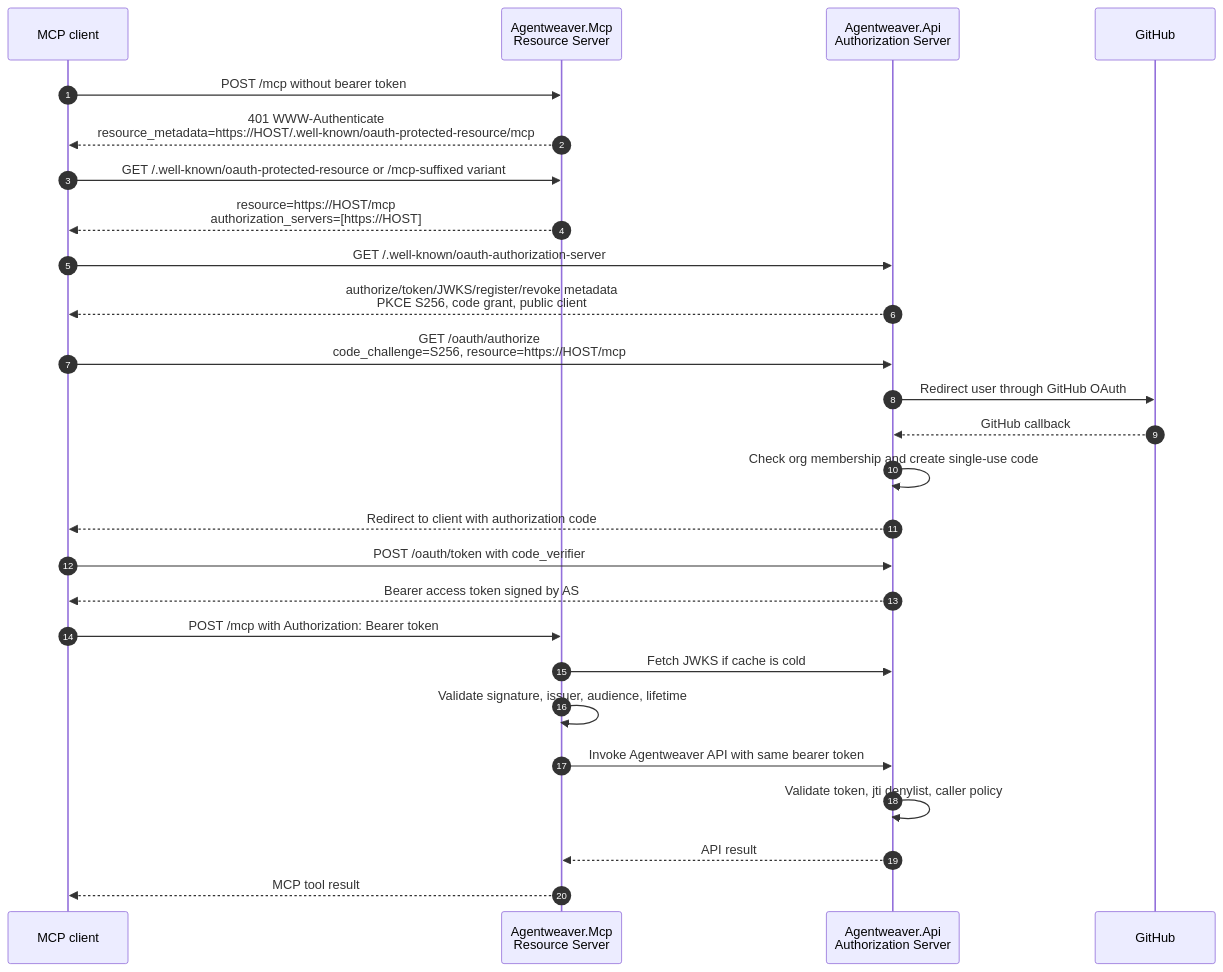
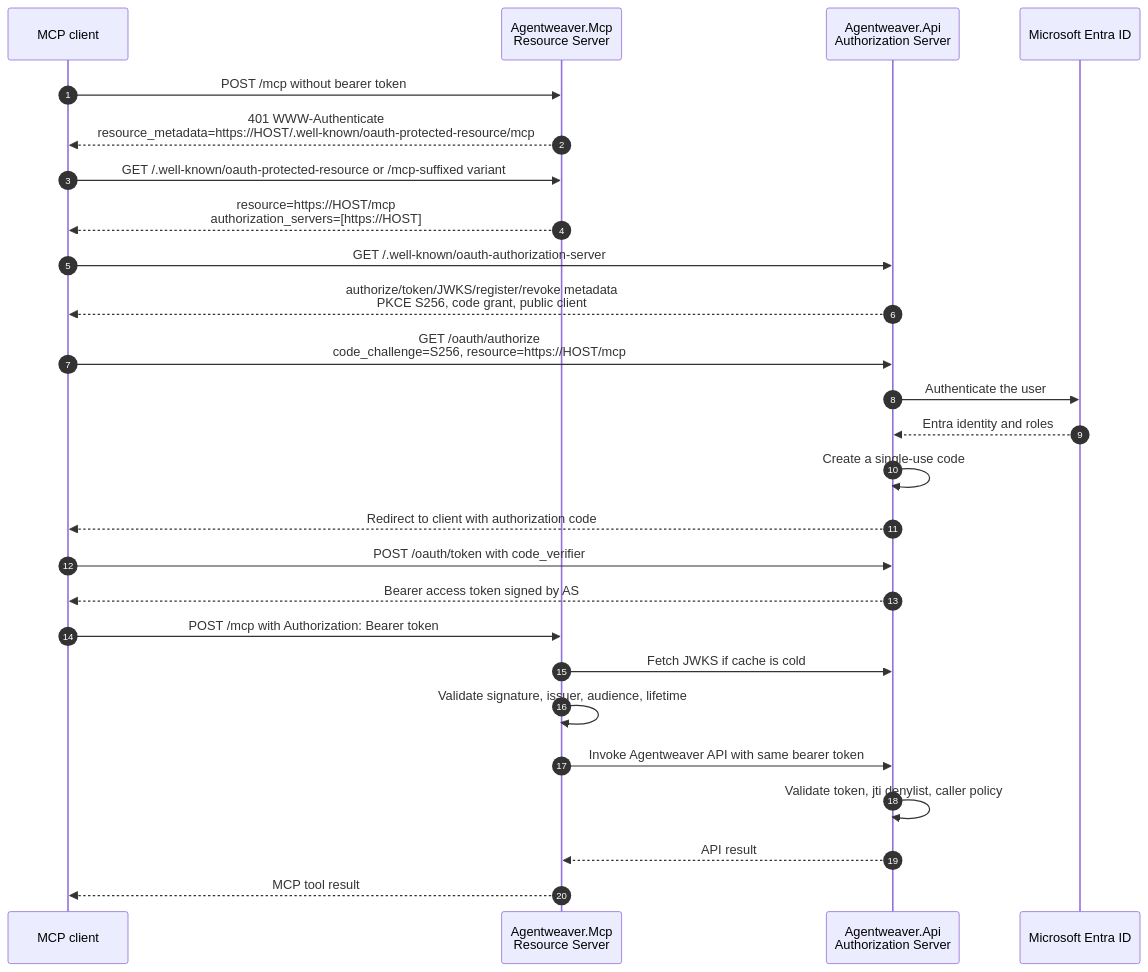
The diagram in docs/deep-dive/mcp-server.md (sabbour/agentweaver), drawn with Mermaid before and after one commit. The commit also changed other lines of this file and 26 other files, not shown here.

````diff
--- a/docs/deep-dive/mcp-server.md
+++ b/docs/deep-dive/mcp-server.md
@@ -130,29 +130,29 @@
 ```mermaid
 sequenceDiagram
     autonumber
     participant C as MCP client
     participant RS as Agentweaver.Mcp<br/>Resource Server
     participant AS as Agentweaver.Api<br/>Authorization Server
-    participant GH as GitHub
+    participant Entra as Microsoft Entra ID
 
     C->>RS: POST /mcp without bearer token
     RS-->>C: 401 WWW-Authenticate<br/>resource_metadata=https://HOST/.well-known/oauth-protected-resource/mcp
     C->>RS: GET /.well-known/oauth-protected-resource or /mcp-suffixed variant
     RS-->>C: resource=https://HOST/mcp<br/>authorization_servers=[https://HOST]
     C->>AS: GET /.well-known/oauth-authorization-server
     AS-->>C: authorize/token/JWKS/register/revoke metadata<br/>PKCE S256, code grant, public client
     C->>AS: GET /oauth/authorize<br/>code_challenge=S256, resource=https://HOST/mcp
-    AS->>GH: Redirect user through GitHub OAuth
-    GH-->>AS: GitHub callback
-    AS->>AS: Check org membership and create single-use code
+    AS->>Entra: Authenticate the user
+    Entra-->>AS: Entra identity and roles
+    AS->>AS: Create a single-use code
     AS-->>C: Redirect to client with authorization code
     C->>AS: POST /oauth/token with code_verifier
     AS-->>C: Bearer access token signed by AS
     C->>RS: POST /mcp with Authorization: Bearer token
     RS->>AS: Fetch JWKS if cache is cold
     RS->>RS: Validate signature, issuer, audience, lifetime
     RS->>AS: Invoke Agentweaver API with same bearer token
     AS->>AS: Validate token, jti denylist, caller policy
     AS-->>RS: API result
     RS-->>C: MCP tool result
 ```
````
